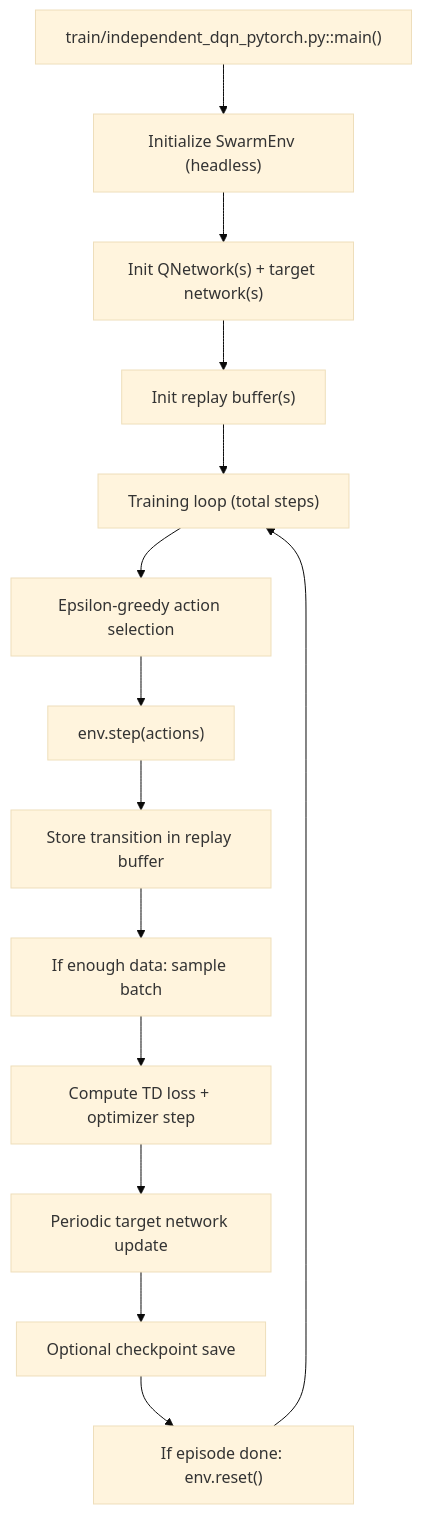
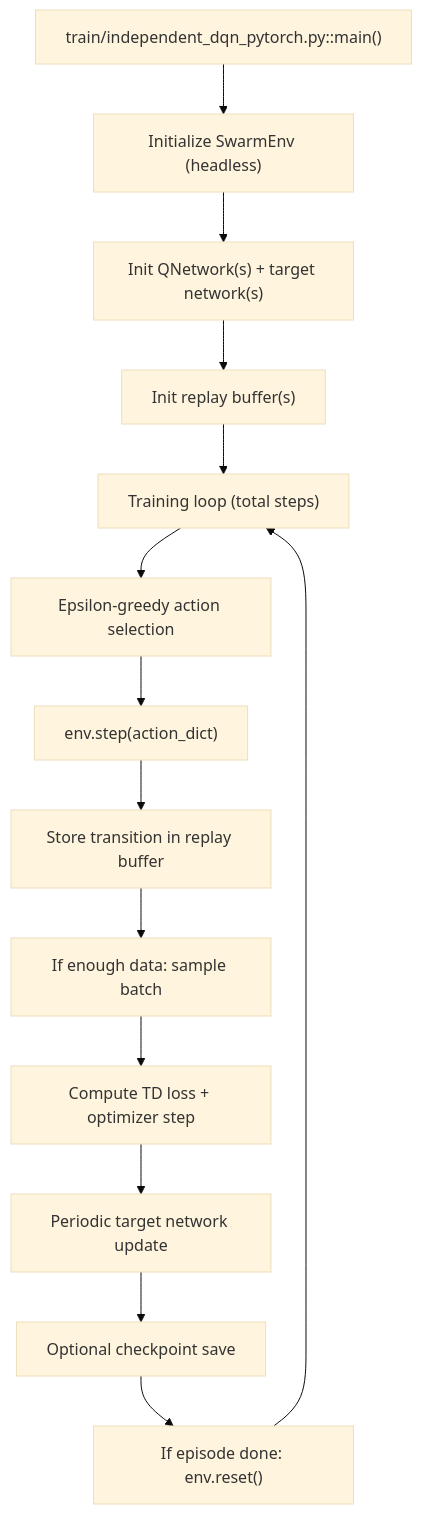
The fifth of 6 diagrams in docs/UML.md (titancoder12/swarm_robotic_rl), drawn with Mermaid (base theme) before and after one commit. The commit also changed other lines of this file and 5 other files, not shown here.

````diff
--- a/docs/UML.md
+++ b/docs/UML.md
@@ -101,17 +101,17 @@
 ```mermaid
 flowchart TD
   Start["train/independent_dqn_pytorch.py::main()"] --> InitEnv["Initialize SwarmEnv (headless)"]
   InitEnv --> InitNets["Init QNetwork(s) + target network(s)"]
   InitNets --> InitBuf["Init replay buffer(s)"]
   InitBuf --> Loop["Training loop (total steps)"]
 
   Loop --> Act["Epsilon-greedy action selection"]
-  Act --> Step["env.step(actions)"]
+  Act --> Step["env.step(action_dict)"]
   Step --> Store["Store transition in replay buffer"]
   Store --> TrainCheck["If enough data: sample batch"]
   TrainCheck --> Update["Compute TD loss + optimizer step"]
   Update --> TargetUpdate["Periodic target network update"]
   TargetUpdate --> Save["Optional checkpoint save"]
   Save --> DoneCheck["If episode done: env.reset()"]
   DoneCheck --> Loop
 ```
````
